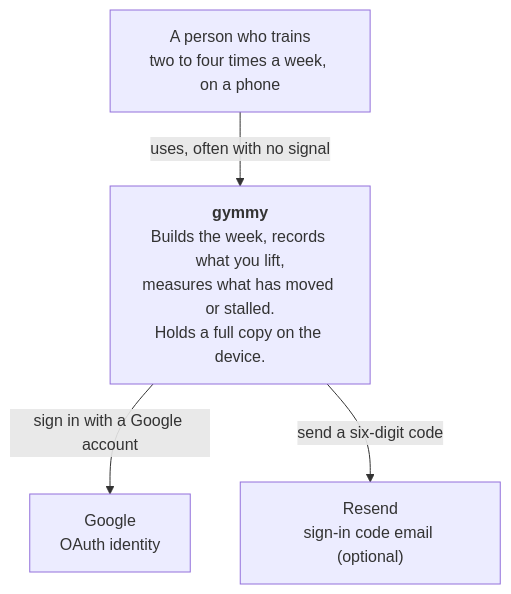
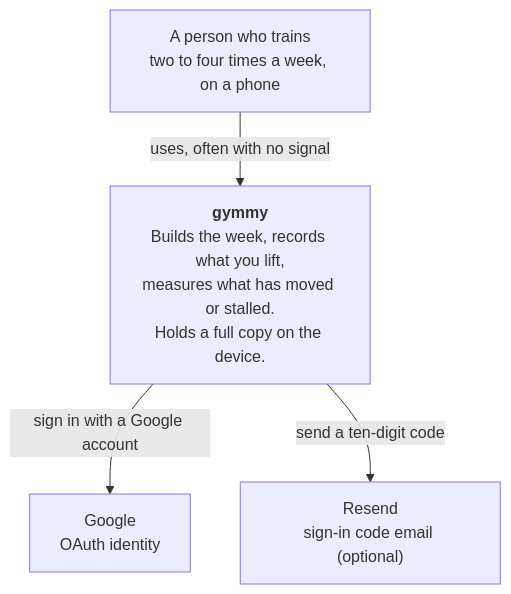
One commit to mark-balazs/gymmy changed the first of 3 diagrams in docs/architecture.md. Above: the diagram before and after it, drawn with Mermaid. The commit also changed other lines of this file and 26 other files, not shown here.

````diff
--- a/docs/architecture.md
+++ b/docs/architecture.md
@@ -5,11 +5,11 @@
 ```mermaid
 flowchart TB
     person["A person who trains<br/>two to four times a week, on a phone"]
     gymmy["<b>gymmy</b><br/>Builds the week, records what you lift,<br/>measures what has moved or stalled.<br/>Holds a full copy on the device."]
     google["Google<br/>OAuth identity"]
     resend["Resend<br/>sign-in code email (optional)"]
 
     person -->|"uses, often with no signal"| gymmy
     gymmy -->|"sign in with a Google account"| google
-    gymmy -->|"send a six-digit code"| resend
+    gymmy -->|"send a ten-digit code"| resend
 ```
````
